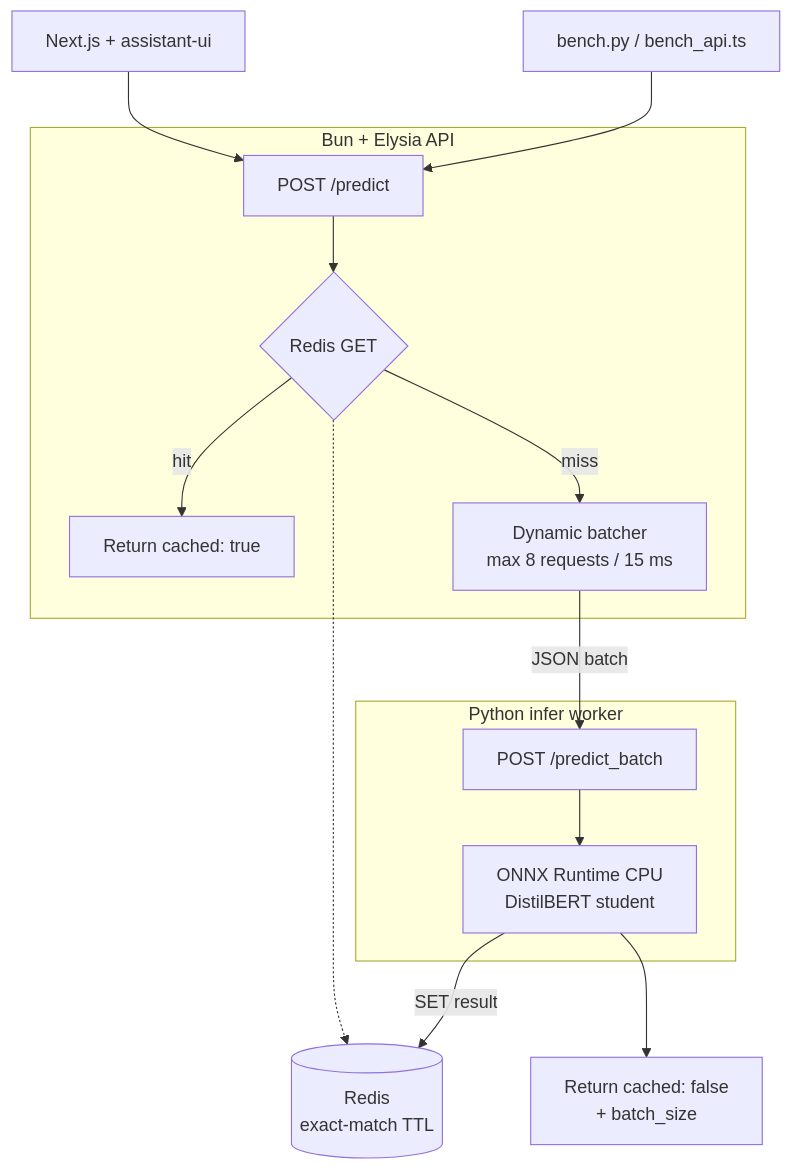
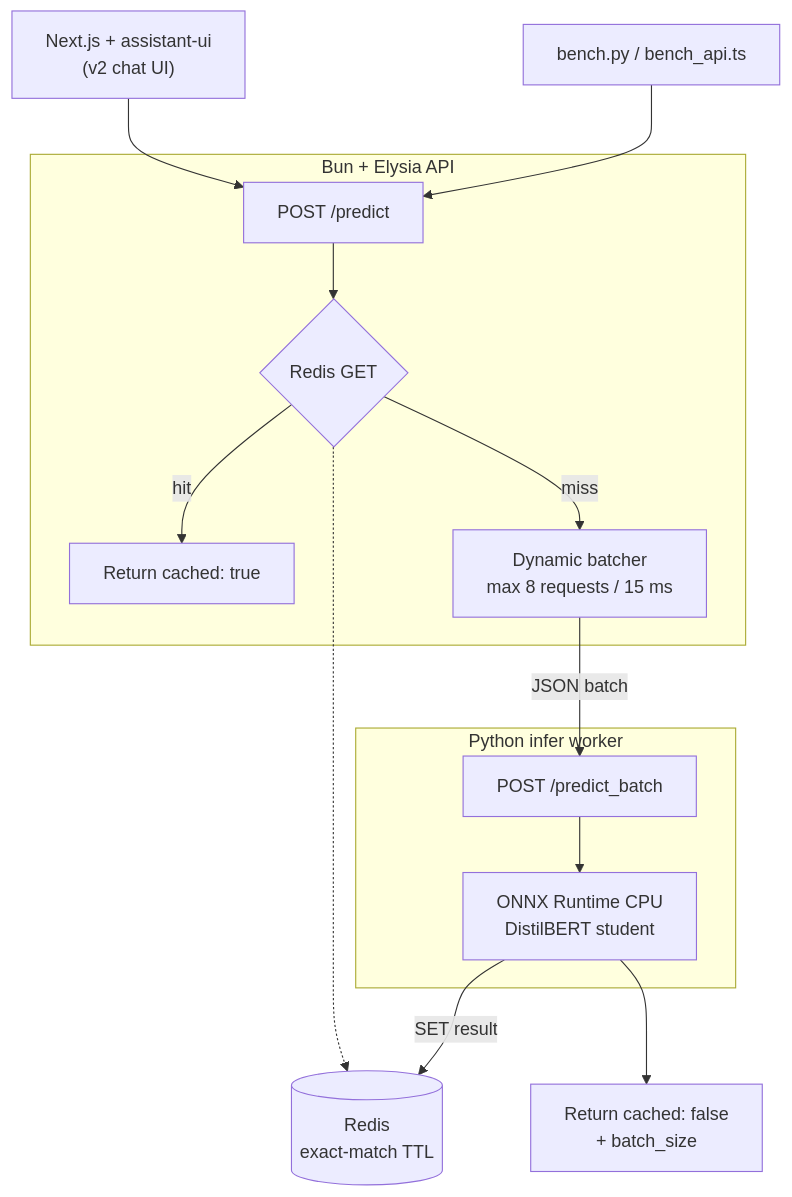
One commit to RNinee/sys304 changed the diagram in milestone/3/report/architecture.mmd. Above: the diagram before and after it, drawn with Mermaid. The commit also changed 56 other files, not shown here.

```diff
--- a/milestone/3/report/architecture.mmd
+++ b/milestone/3/report/architecture.mmd
@@ -1,28 +1,28 @@
 flowchart TB
-  UI["Next.js + assistant-ui"]
+  UI["Next.js + assistant-ui\n(v2 chat UI)"]
   Bench["bench.py / bench_api.ts"]
 
   subgraph api ["Bun + Elysia API"]
     Predict["POST /predict"]
     Cache{"Redis GET"}
     Hit["Return cached: true"]
     Batcher["Dynamic batcher\nmax 8 requests / 15 ms"]
     Predict --> Cache
     Cache -->|"hit"| Hit
     Cache -->|"miss"| Batcher
   end
 
   Redis[("Redis\nexact-match TTL")]
   Cache -.-> Redis
 
   subgraph worker ["Python infer worker"]
     BatchEP["POST /predict_batch"]
     Model["ONNX Runtime CPU\nDistilBERT student"]
     BatchEP --> Model
   end
 
   UI --> Predict
   Bench --> Predict
   Batcher -->|"JSON batch"| BatchEP
   Model -->|"SET result"| Redis
   Model --> Miss["Return cached: false\n+ batch_size"]
```
